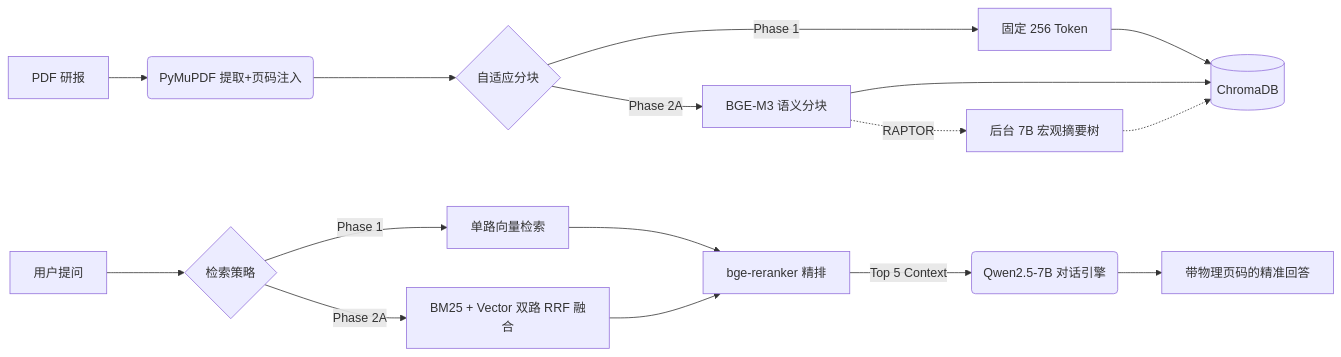
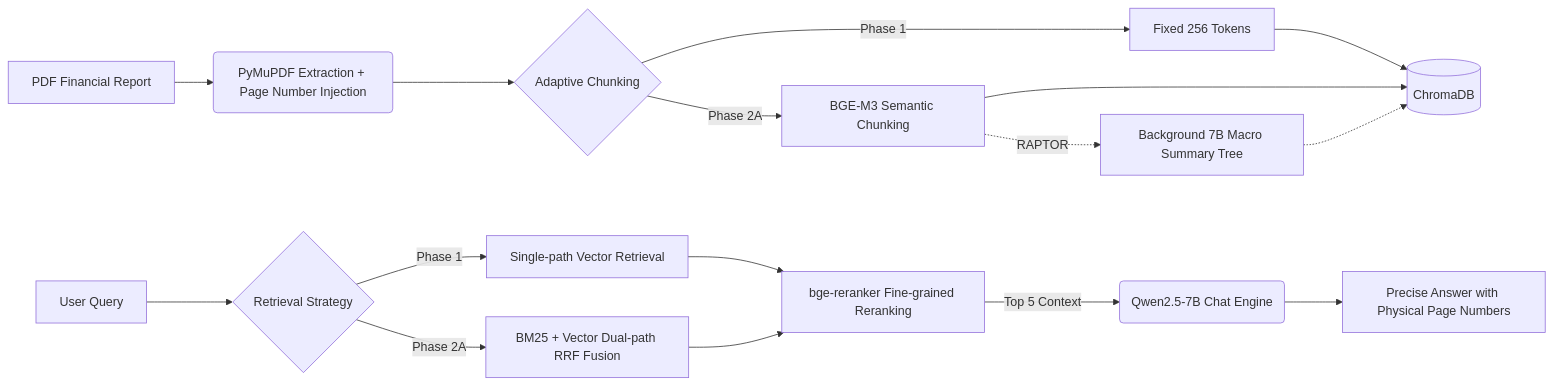
Before and after one commit to HunkleM/Financial-Report-QA-Assistant-based-on-LlamaIndex: the diagram in README.md, drawn with Mermaid. The commit also changed 6 other files, not shown here.

````diff
--- a/README.md
+++ b/README.md
@@ -26,21 +26,21 @@
 ```mermaid
 graph LR
-    A[PDF 研报] --> B(PyMuPDF 提取+页码注入)
-    B --> C{自适应分块}
-    C -->|Phase 1| D[固定 256 Token]
-    C -->|Phase 2A| E[BGE-M3 语义分块]
+    A[PDF Financial Report] --> B(PyMuPDF Extraction + Page Number Injection)
+    B --> C{Adaptive Chunking}
+    C -->|Phase 1| D[Fixed 256 Tokens]
+    C -->|Phase 2A| E[BGE-M3 Semantic Chunking]
     
     D --> F[(ChromaDB)]
     E --> F
-    E -.->|RAPTOR| G[后台 7B 宏观摘要树] -.-> F
+    E -.->|RAPTOR| G[Background 7B Macro Summary Tree] -.-> F
     
-    H[用户提问] --> I{检索策略}
-    I -->|Phase 1| J[单路向量检索]
-    I -->|Phase 2A| K[BM25 + Vector 双路 RRF 融合]
+    H[User Query] --> I{Retrieval Strategy}
+    I -->|Phase 1| J[Single-path Vector Retrieval]
+    I -->|Phase 2A| K[BM25 + Vector Dual-path RRF Fusion]
     
-    J --> L[bge-reranker 精排]
+    J --> L[bge-reranker Fine-grained Reranking]
     K --> L
     
-    L -->|Top 5 Context| M(Qwen2.5-7B 对话引擎)
-    M --> N[带物理页码的精准回答]
+    L -->|Top 5 Context| M(Qwen2.5-7B Chat Engine)
+    M --> N[Precise Answer with Physical Page Numbers]
 ```
````
